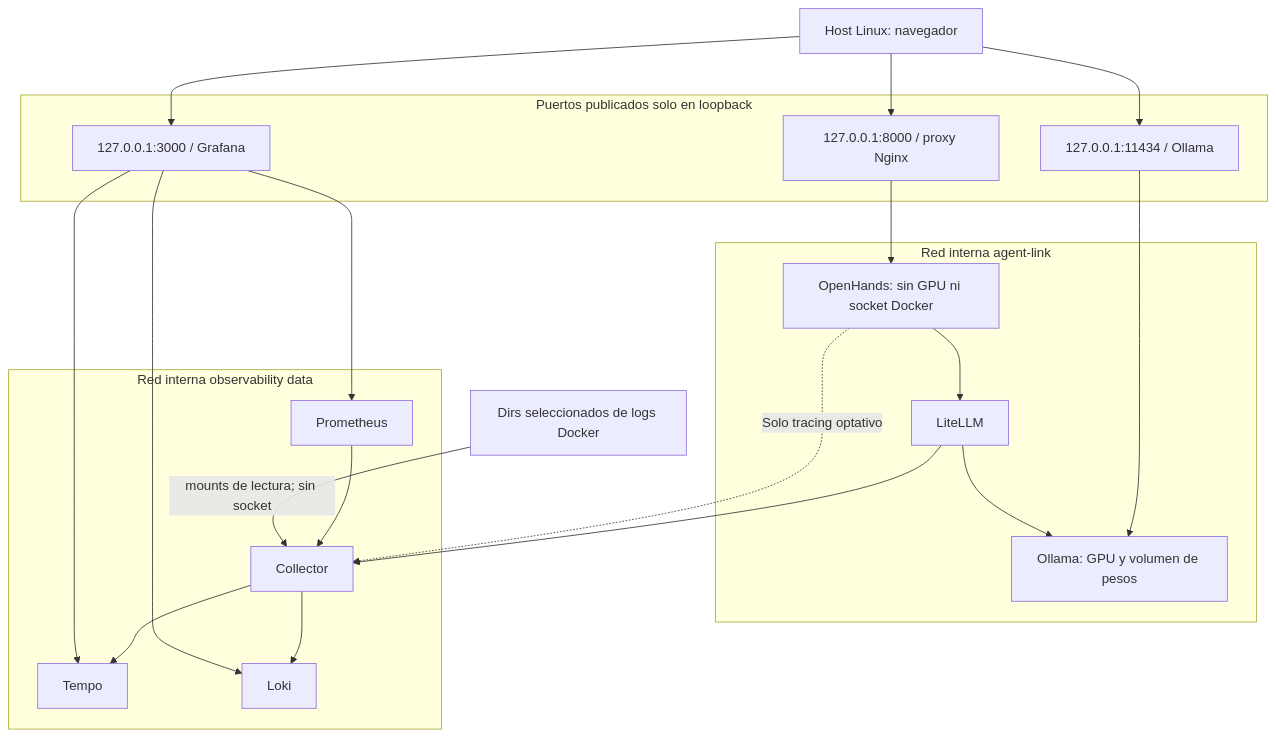
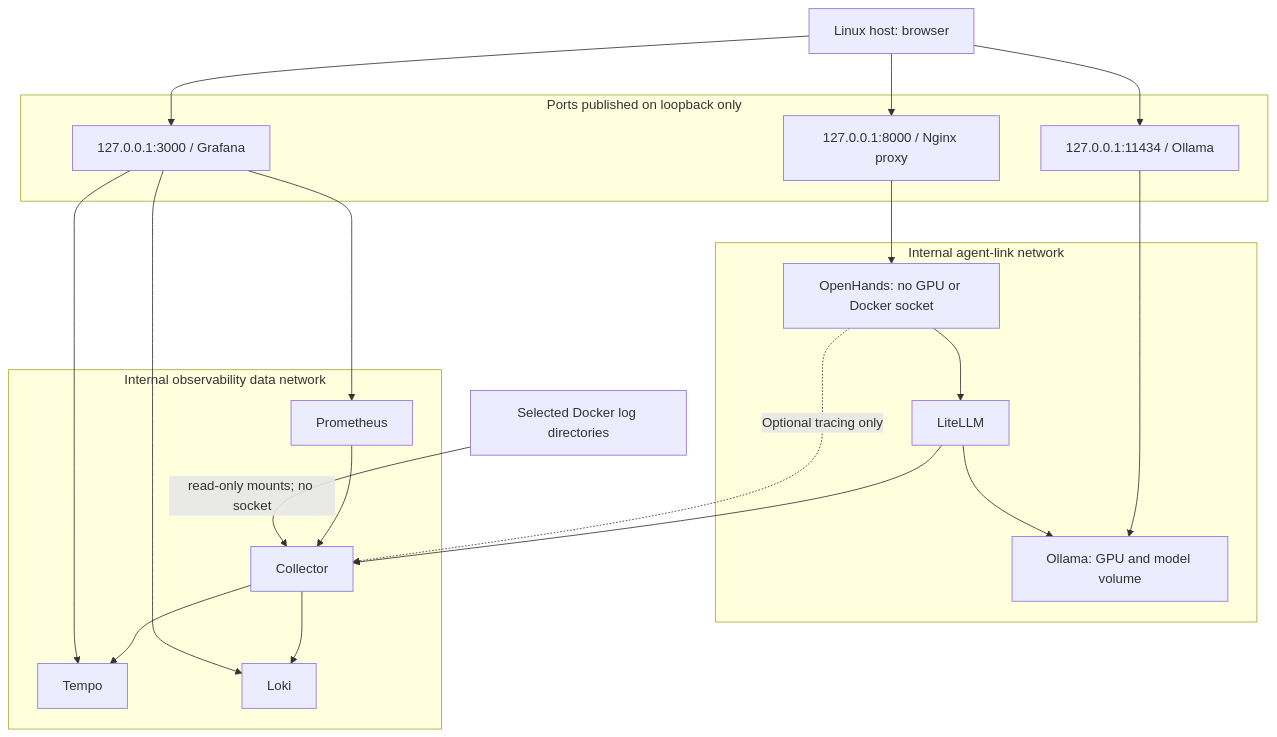
The second of 8 diagrams in docs/architecture/observability_diagrams.md (alejandro-onatra/local-agent-platform), drawn with Mermaid before and after one commit. The commit also changed other lines of this file and 32 other files, not shown here.

````diff
--- a/docs/architecture/observability_diagrams.md
+++ b/docs/architecture/observability_diagrams.md
@@ -30,33 +30,33 @@
 ```mermaid
 flowchart TB
-    Host[Host Linux: navegador]
-    subgraph Entry[Puertos publicados solo en loopback]
-        OHProxy[127.0.0.1:8000 / proxy Nginx]
+    Host[Linux host: browser]
+    subgraph Entry[Ports published on loopback only]
+        OHProxy[127.0.0.1:8000 / Nginx proxy]
         GF[127.0.0.1:3000 / Grafana]
         OPort[127.0.0.1:11434 / Ollama]
     end
-    subgraph AgentLink[Red interna agent-link]
-        Agent[OpenHands: sin GPU ni socket Docker]
+    subgraph AgentLink[Internal agent-link network]
+        Agent[OpenHands: no GPU or Docker socket]
         LLM[LiteLLM]
-        Model[Ollama: GPU y volumen de pesos]
+        Model[Ollama: GPU and model volume]
     end
-    subgraph Data[Red interna observability data]
+    subgraph Data[Internal observability data network]
         Col[Collector]
         Prom[Prometheus]
         T[Tempo]
         L[Loki]
     end
     Host --> OHProxy --> Agent
     Host --> GF
     Host --> OPort --> Model
     Agent --> LLM --> Model
     LLM --> Col
-    Agent -.->|Solo tracing optativo| Col
+    Agent -.->|Optional tracing only| Col
     Col --> T
     Col --> L
     Prom --> Col
     GF --> Prom
     GF --> T
     GF --> L
-    Files[Dirs seleccionados de logs Docker] -->|mounts de lectura; sin socket| Col
+    Files[Selected Docker log directories] -->|read-only mounts; no socket| Col
 ```
````
